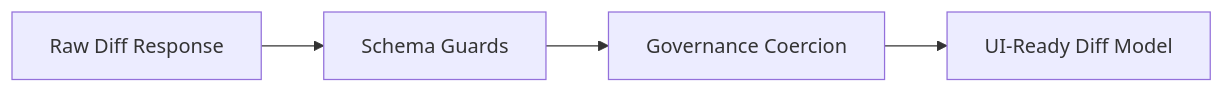
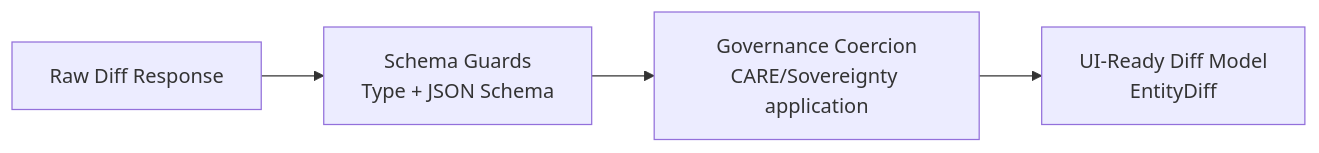
One commit to bartytime4life/Kansas-Frontier-Matrix changed the fifth of 7 diagrams in web/src/entities/diff-first/README.md. Above: the diagram before and after it, drawn with Mermaid. The commit also changed other lines of this file, not shown here.

````diff
--- a/web/src/entities/diff-first/README.md
+++ b/web/src/entities/diff-first/README.md
@@ -235,6 +360,6 @@
-```mermaid
+~~~mermaid
 flowchart LR
-    RAW["Raw Diff Response"] --> GUARD["Schema Guards"]
-    GUARD --> COERCE["Governance Coercion"]
-    COERCE --> READY["UI-Ready Diff Model"]
-```
+    RAW["Raw Diff Response"] --> GUARD["Schema Guards<br/>Type + JSON Schema"]
+    GUARD --> COERCE["Governance Coercion<br/>CARE/Sovereignty application"]
+    COERCE --> READY["UI-Ready Diff Model<br/>EntityDiff"]
+~~~
````
